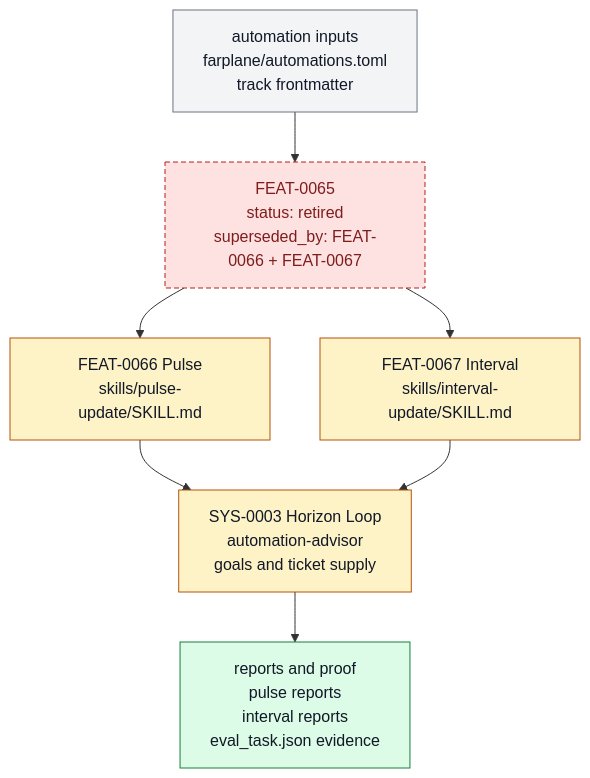
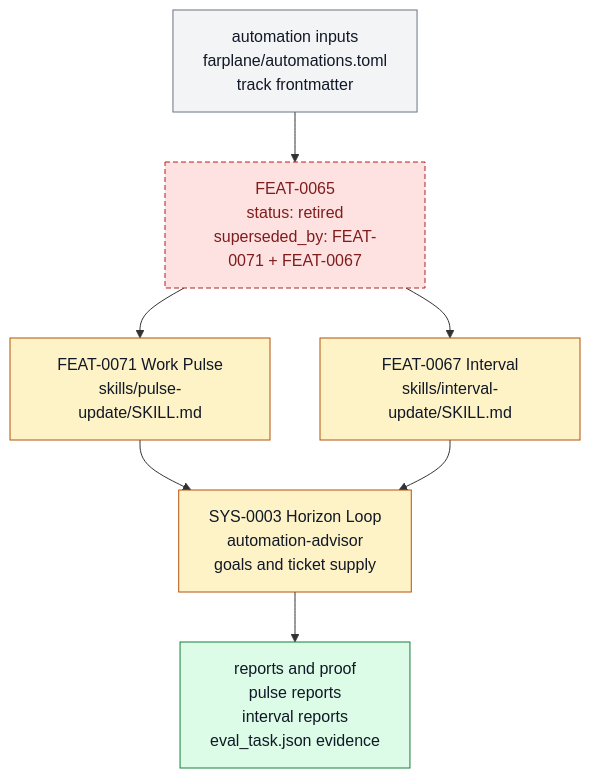
The diagram in docs/features/FEAT-0065-pulse-and-interval-automation.md (ZanarkandTechnologies/Farplane), drawn with Mermaid before and after one commit. The commit also changed other lines of this file and 84 other files, not shown here.

````diff
--- a/docs/features/FEAT-0065-pulse-and-interval-automation.md
+++ b/docs/features/FEAT-0065-pulse-and-interval-automation.md
@@ -95,19 +97,19 @@
 ```mermaid
 flowchart TD
   classDef keep fill:#f3f4f6,stroke:#6b7280,color:#111827
   classDef changed fill:#fef3c7,stroke:#b45309,color:#111827
   classDef added fill:#dcfce7,stroke:#15803d,color:#111827
   classDef retired fill:#fee2e2,stroke:#b91c1c,color:#7f1d1d,stroke-dasharray: 5 3
 
   config["automation inputs<br/>farplane/automations.toml<br/>track frontmatter"]:::keep
-  retired["FEAT-0065<br/>status: retired<br/>superseded_by: FEAT-0066 + FEAT-0067"]:::retired
-  pulse["FEAT-0066 Pulse<br/>skills/pulse-update/SKILL.md"]:::changed
+  retired["FEAT-0065<br/>status: retired<br/>superseded_by: FEAT-0071 + FEAT-0067"]:::retired
+  pulse["FEAT-0071 Work Pulse<br/>skills/pulse-update/SKILL.md"]:::changed
   interval["FEAT-0067 Interval<br/>skills/interval-update/SKILL.md"]:::changed
   horizon["SYS-0003 Horizon Loop<br/>automation-advisor<br/>goals and ticket supply"]:::changed
   outputs["reports and proof<br/>pulse reports<br/>interval reports<br/>eval_task.json evidence"]:::added
 
   config --> retired
   retired --> pulse --> horizon
   retired --> interval --> horizon
   horizon --> outputs
 ```
````
